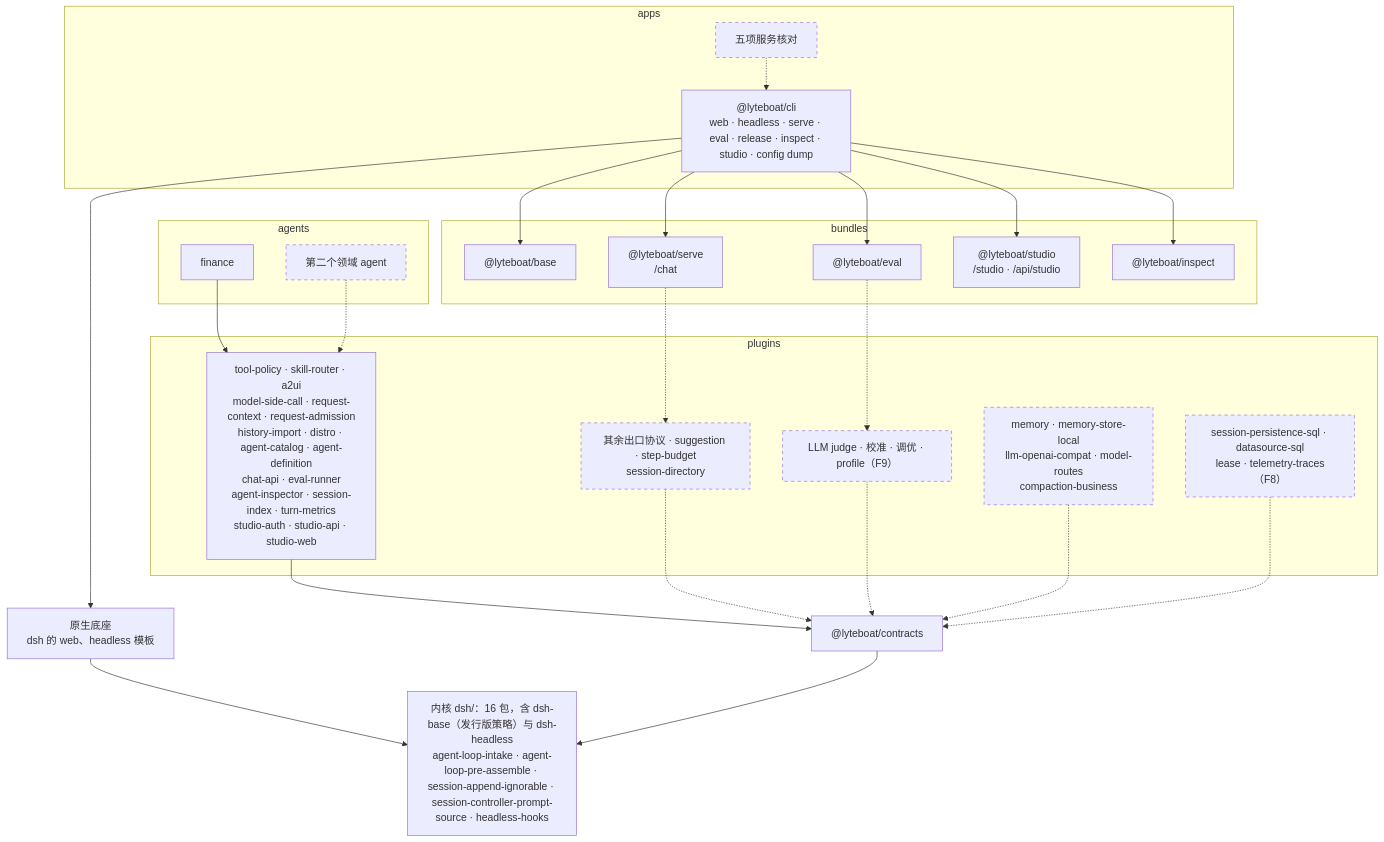
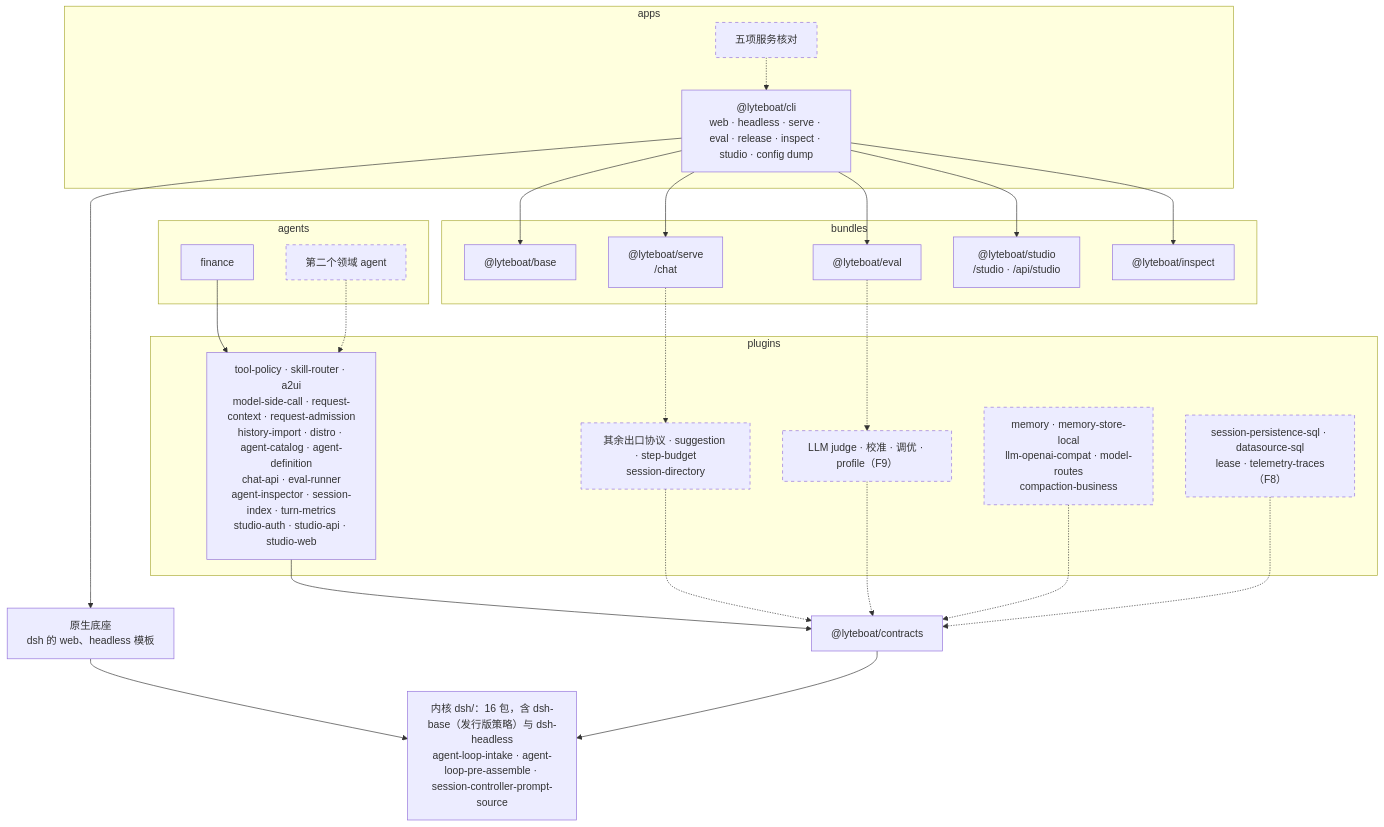
One commit to lyteboat/lyteboat changed the second of 3 diagrams in docs/04-reference-alignment.md. Above: the diagram before and after it, drawn with Mermaid. The commit also changed other lines of this file and 9 other files, not shown here.

````diff
--- a/docs/04-reference-alignment.md
+++ b/docs/04-reference-alignment.md
@@ -729,48 +727,48 @@
 ```mermaid
 flowchart TB
   subgraph APPS["apps"]
     CLI["@lyteboat/cli<br/>web · headless · serve · eval · release · inspect · studio · config dump"]
     CLIN["五项服务核对"]
   end
   subgraph BUNDLES["bundles"]
     BASE["@lyteboat/base"]
     SERVE["@lyteboat/serve<br/>/chat"]
     EVAL["@lyteboat/eval"]
     STUDIO["@lyteboat/studio<br/>/studio · /api/studio"]
     INSPECT["@lyteboat/inspect"]
   end
   subgraph AGENTS["agents"]
     FIN["finance"]
     AG2["第二个领域 agent"]
   end
   subgraph PLUGINS["plugins"]
     HAVE["tool-policy · skill-router · a2ui<br/>model-side-call · request-context · request-admission<br/>history-import · distro · agent-catalog · agent-definition<br/>chat-api · eval-runner<br/>agent-inspector · session-index · turn-metrics<br/>studio-auth · studio-api · studio-web"]
     WIRE["其余出口协议 · suggestion · step-budget<br/>session-directory"]
     JUDGE["LLM judge · 校准 · 调优 · profile（F9）"]
     MEM["memory · memory-store-local<br/>llm-openai-compat · model-routes<br/>compaction-business"]
     MULTI["session-persistence-sql · datasource-sql<br/>lease · telemetry-traces（F8）"]
   end
   NATIVE["原生底座<br/>dsh 的 web、headless 模板"]
   CT["@lyteboat/contracts"]
-  K["内核 dsh/：16 包，含 dsh-base（发行版策略）与 dsh-headless<br/>agent-loop-intake · agent-loop-pre-assemble · session-append-ignorable · session-controller-prompt-source · headless-hooks"]
+  K["内核 dsh/：16 包，含 dsh-base（发行版策略）与 dsh-headless<br/>agent-loop-intake · agent-loop-pre-assemble · session-controller-prompt-source"]
   CLI --> NATIVE
   NATIVE --> K
   CLI --> BASE
   CLI --> SERVE
   CLI --> EVAL
   CLI --> STUDIO
   CLI --> INSPECT
   CLIN -.-> CLI
   SERVE -.-> WIRE
   EVAL -.-> JUDGE
   FIN --> HAVE
   AG2 -.-> HAVE
   HAVE --> CT
   WIRE -.-> CT
   JUDGE -.-> CT
   MEM -.-> CT
   MULTI -.-> CT
   CT --> K
   classDef planned stroke-dasharray: 5 5
   class CLIN,AG2,WIRE,JUDGE,MEM,MULTI planned
 ```
````
